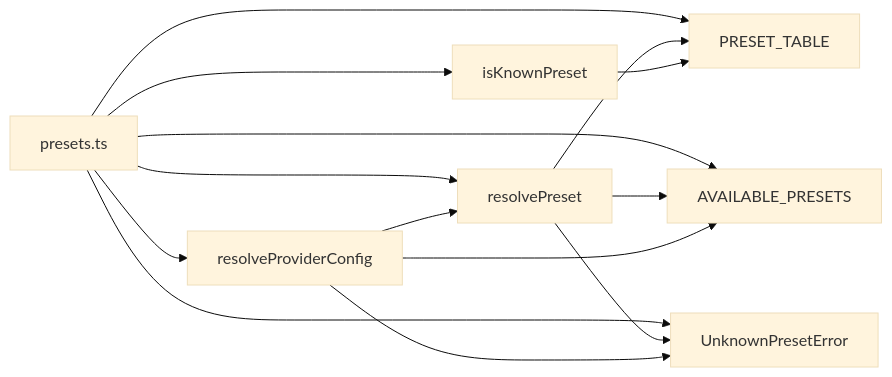
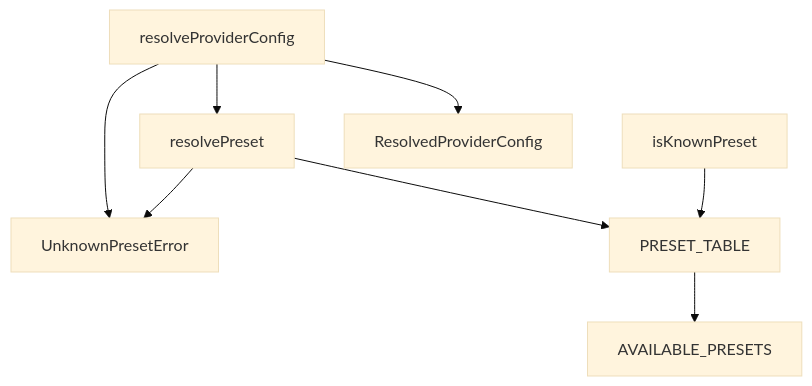
Before and after one commit to eduardoabreu81/livewiki: the diagram in livewiki/diagrams/core-src-presets.mmd, drawn with Mermaid (base theme). The commit also changed 5 other files, not shown here.

Commit message:
docs(livewiki): pay presets-page debt (7 new provider presets)

```diff
--- a/livewiki/diagrams/core-src-presets.mmd
+++ b/livewiki/diagrams/core-src-presets.mmd
@@ -1,14 +1,8 @@
-graph LR
-    A[presets.ts] --> B[PRESET_TABLE]
-    A --> C[AVAILABLE_PRESETS]
-    A --> D[resolvePreset]
-    A --> E[resolveProviderConfig]
-    A --> F[isKnownPreset]
-    A --> G[UnknownPresetError]
-    D --> B
-    D --> C
-    D --> G
-    E --> D
-    E --> C
-    E --> G
-    F --> B
+graph TD
+    A[resolveProviderConfig] --> B[resolvePreset]
+    A --> C[UnknownPresetError]
+    B --> D[PRESET_TABLE]
+    B --> C
+    D --> E[AVAILABLE_PRESETS]
+    F[isKnownPreset] --> D
+    A --> G[ResolvedProviderConfig]
```
